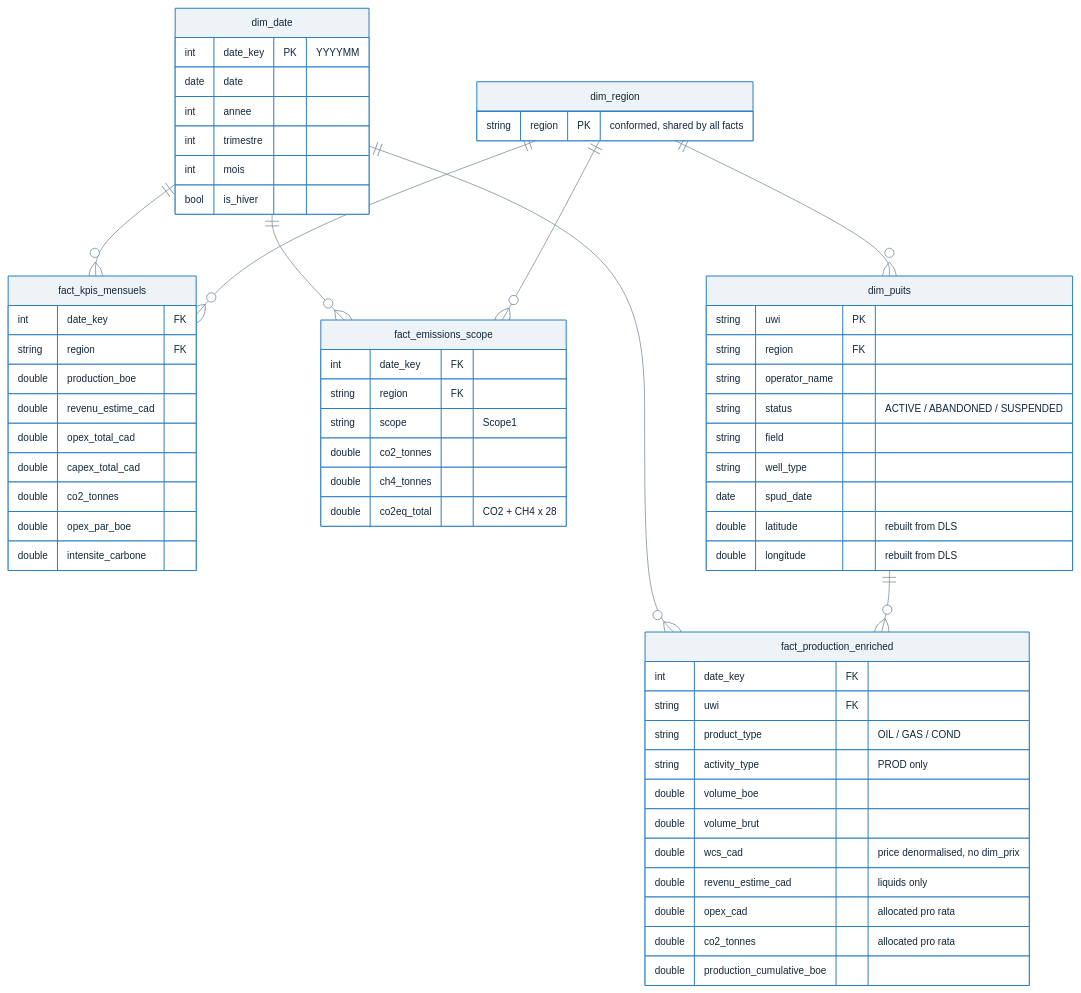
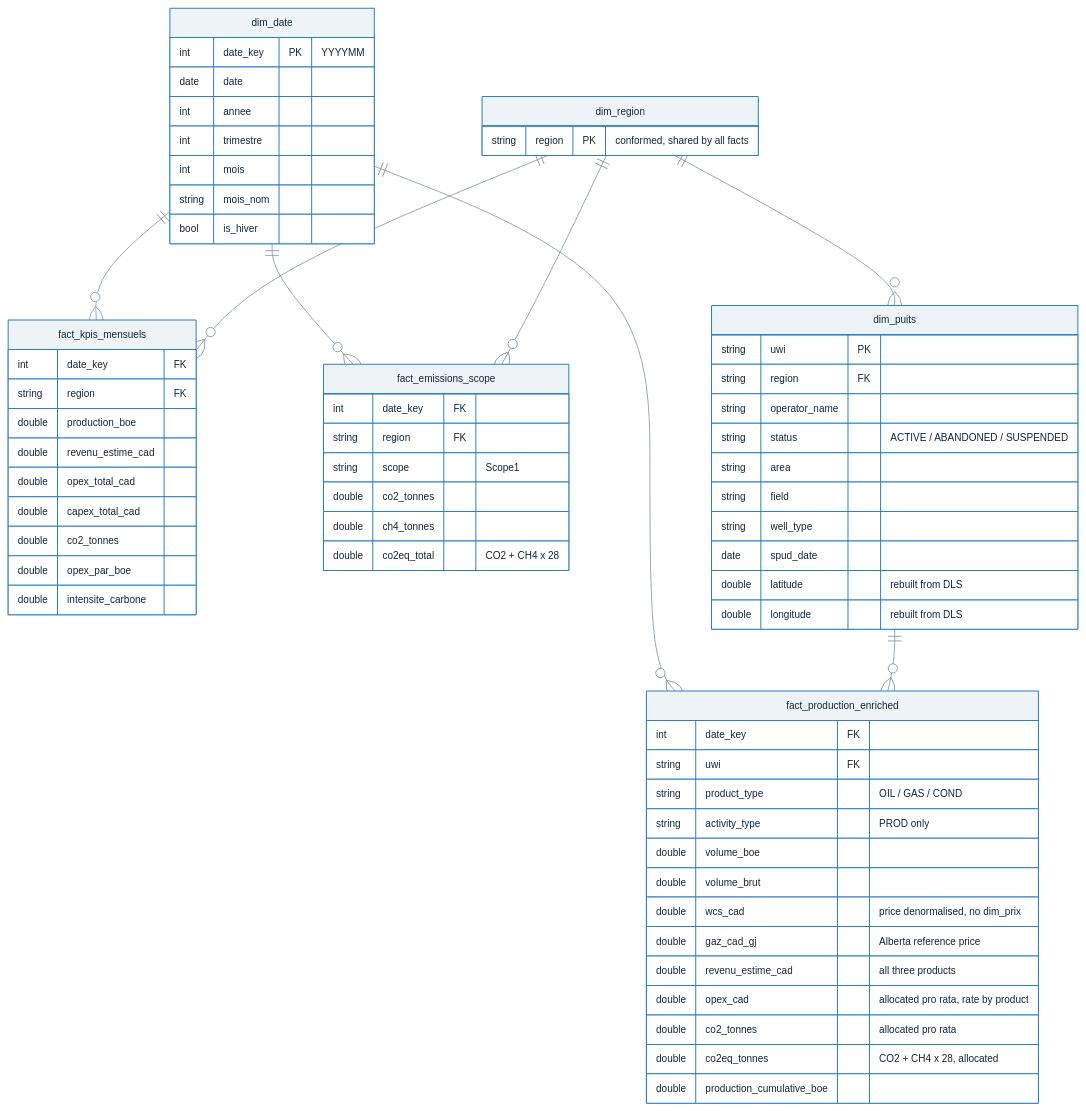
The diagram in README.md (Nelson-Lefebvre/alberta-energy-bi), drawn with Mermaid before and after one commit. The commit also changed other lines of this file and 1 other file, not shown here.

Commit message:
docs: correct the data model and the inactive well count
The ER diagram still described revenu_estime_cad as "liquids only", which is the
exact defect this branch fixed — gas now carries $14.6 Bn of the $167.3 Bn. It
also predated two columns the fixes added: gaz_cad_gj, the Alberta reference
price denormalised alongside wcs_cad, and co2eq_tonnes, allocated so the ESG
cards share a grain. ARCHITECTURE carried the same gap in its column table.

While checking, dim_puits.area and dim_date.mois_nom turned out to have been
missing from the diagram since it was written. It lists every other column, so
the omission read as an oversight rather than a simplification.

The inactive well figure was 450,582 against 450,583 in the database, and the
sentence let "which is 75% of the register" attach to the 278,554 abandoned
wells rather than to the inactive total it actually describes. 278,554 is 46%
of the register, so the reading it invited was wrong by half.

Verified: every column named in the README diagram and the ARCHITECTURE table
now matches DESCRIBE on all six modelled tables.

````diff
--- a/README.md
+++ b/README.md
@@ -133,68 +133,72 @@
 ```mermaid
 %%{init: {'theme':'base','themeVariables':{
   'primaryColor':'#EEF3F8','primaryBorderColor':'#2C7FC4','primaryTextColor':'#10263A',
   'lineColor':'#7B8D9C','fontFamily':'Segoe UI, system-ui, sans-serif','fontSize':'13px'}}}%%
 erDiagram
     dim_date     ||--o{ fact_production_enriched : ""
     dim_date     ||--o{ fact_kpis_mensuels       : ""
     dim_date     ||--o{ fact_emissions_scope     : ""
     dim_puits    ||--o{ fact_production_enriched : ""
     dim_region   ||--o{ dim_puits                : ""
     dim_region   ||--o{ fact_kpis_mensuels       : ""
     dim_region   ||--o{ fact_emissions_scope     : ""
 
     dim_date {
         int    date_key PK "YYYYMM"
         date   date
         int    annee
         int    trimestre
         int    mois
+        string mois_nom
         bool   is_hiver
     }
     dim_region {
         string region PK "conformed, shared by all facts"
     }
     dim_puits {
         string uwi PK
         string region FK
         string operator_name
         string status "ACTIVE / ABANDONED / SUSPENDED"
+        string area
         string field
         string well_type
         date   spud_date
         double latitude "rebuilt from DLS"
         double longitude "rebuilt from DLS"
     }
     fact_production_enriched {
         int    date_key FK
         string uwi FK
         string product_type "OIL / GAS / COND"
         string activity_type "PROD only"
         double volume_boe
         double volume_brut
         double wcs_cad "price denormalised, no dim_prix"
-        double revenu_estime_cad "liquids only"
-        double opex_cad "allocated pro rata"
+        double gaz_cad_gj "Alberta reference price"
+        double revenu_estime_cad "all three products"
+        double opex_cad "allocated pro rata, rate by product"
         double co2_tonnes "allocated pro rata"
+        double co2eq_tonnes "CO2 + CH4 x 28, allocated"
         double production_cumulative_boe
     }
     fact_kpis_mensuels {
         int    date_key FK
         string region FK
         double production_boe
         double revenu_estime_cad
         double opex_total_cad
         double capex_total_cad
         double co2_tonnes
         double opex_par_boe
         double intensite_carbone
     }
     fact_emissions_scope {
         int    date_key FK
         string region FK
         string scope "Scope1"
         double co2_tonnes
         double ch4_tonnes
         double co2eq_total "CO2 + CH4 x 28"
     }
 ```
````
